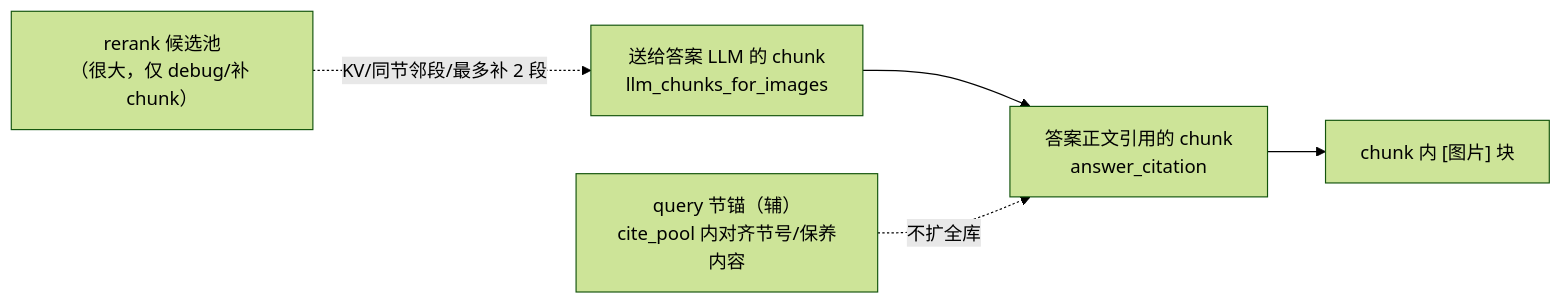
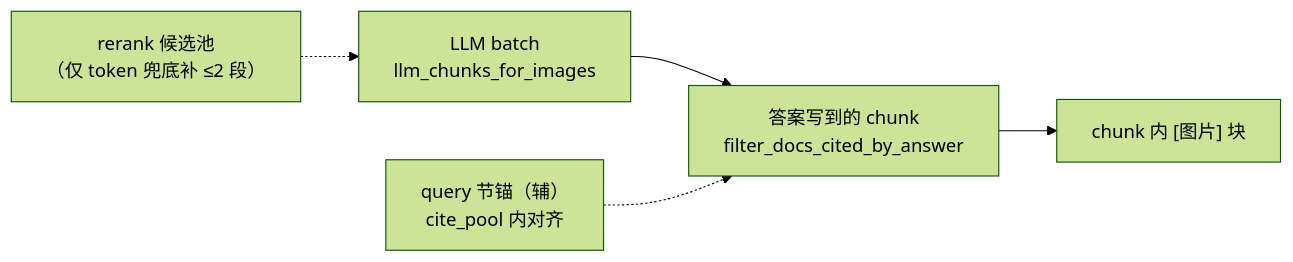
The second of 4 diagrams in docs/查询配图实现说明.md (yiliangbetter/IndustrialRAG), drawn with Mermaid (forest theme) before and after one commit. The commit also changed other lines of this file and 32 other files, not shown here.

First line of the commit message:
feat(images): unified figure targets after demo image fix

````diff
--- a/docs/查询配图实现说明.md
+++ b/docs/查询配图实现说明.md
@@ -53,12 +61,11 @@
 ```mermaid
 flowchart LR
-    A["rerank 候选池<br/>（很大，仅 debug/补 chunk）"]
-    B["送给答案 LLM 的 chunk<br/>llm_chunks_for_images"]
-    C["答案正文引用的 chunk<br/>answer_citation"]
-    D["chunk 内 [图片] 块"]
-    Q["query 节锚（辅）<br/>cite_pool 内对齐节号/保养内容"]
+    POOL["rerank 候选池<br/>（仅 token 兜底补 ≤2 段）"]
+    BATCH["LLM batch<br/>llm_chunks_for_images"]
+    CITED["答案写到的 chunk<br/>filter_docs_cited_by_answer"]
+    INLINE["chunk 内 [图片] 块"]
+    QANCHOR["query 节锚（辅）<br/>cite_pool 内对齐"]
 
-    A -.->|"KV/同节邻段/最多补 2 段"| B
-    B --> C --> D
-    Q -.->|"不扩全库"| C
+    POOL -.-> BATCH --> CITED --> INLINE
+    QANCHOR -.-> CITED
 ```
````
